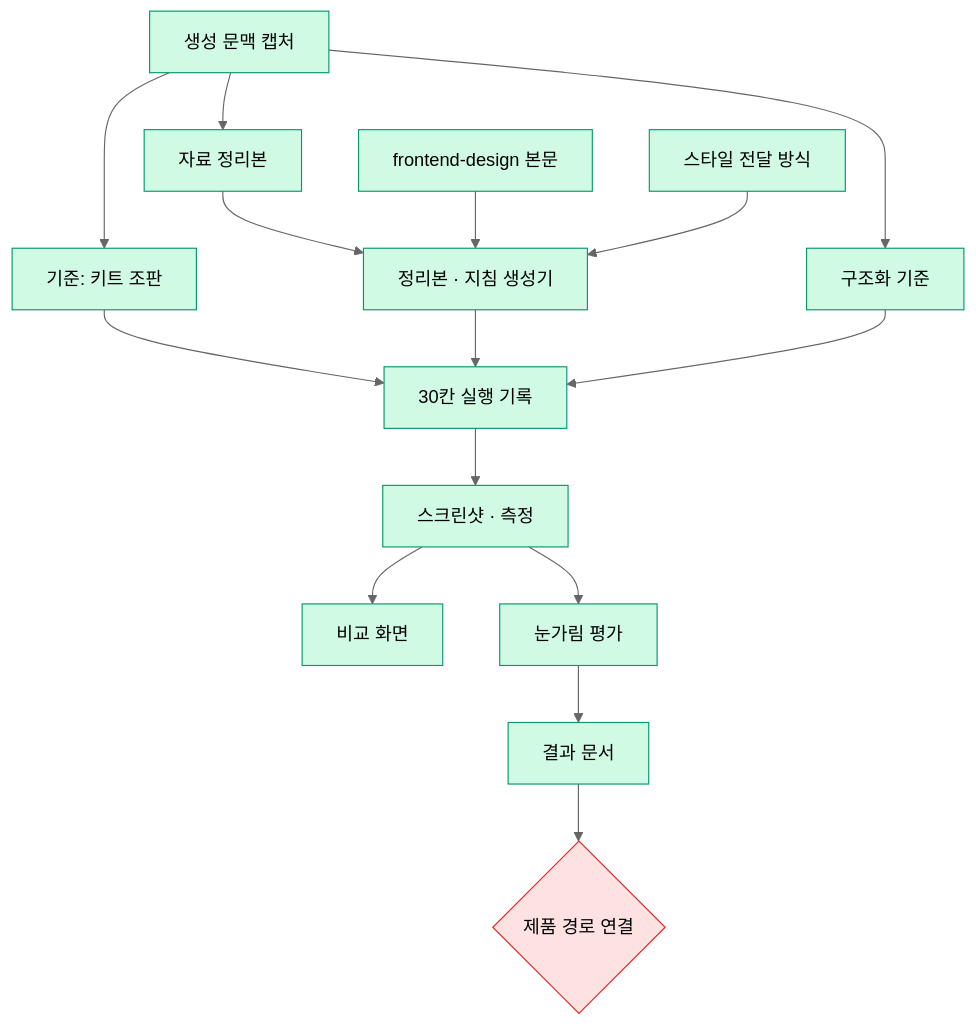
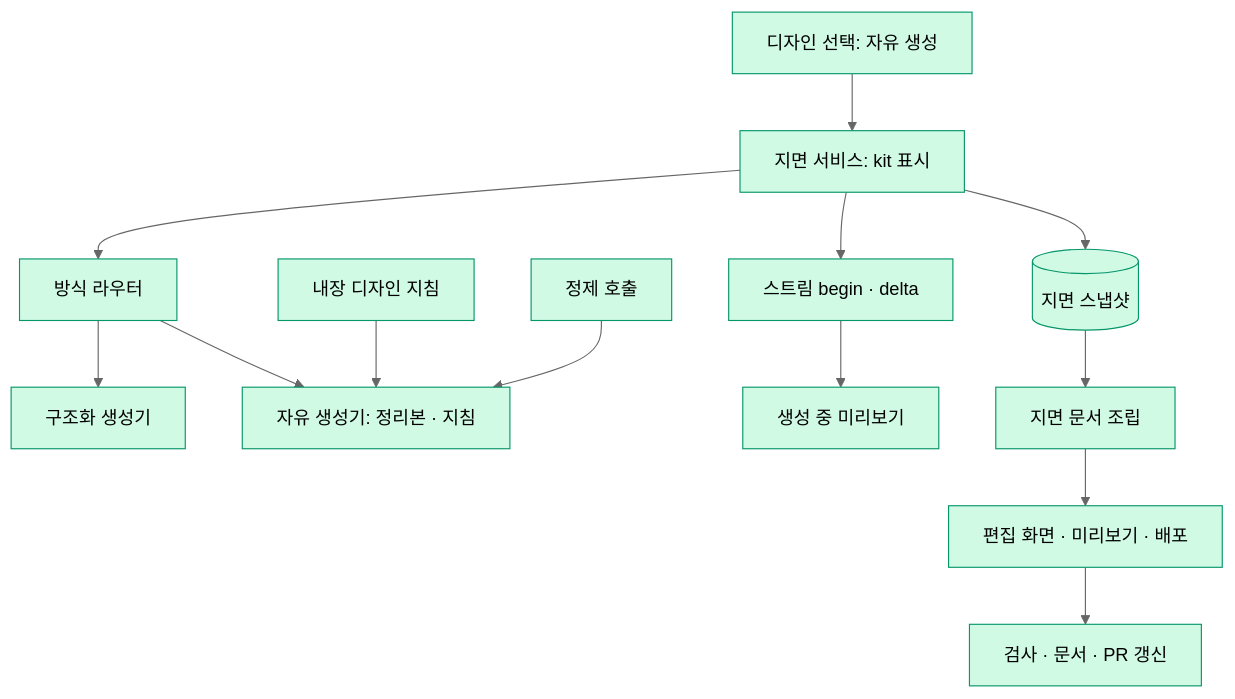
The diagram in .sitrep/sessions/20261115-1500-free-generation-lab/arch.mmd (Expresso-Organization/expresso), drawn with Mermaid (neutral theme) before and after one commit. The commit also changed 77 other files, not shown here.

Commit message:
feat: 자유 생성의 정리본 · 디자인 지침 · 배치 자유 방식 연결

```diff
--- a/.sitrep/sessions/20261115-1500-free-generation-lab/arch.mmd
+++ b/.sitrep/sessions/20261115-1500-free-generation-lab/arch.mmd
@@ -1,22 +1,20 @@
 flowchart TD
-  CTX[생성 문맥 캡처] --> BASE[기준: 키트 조판]
-  CTX --> BRIEF[자료 정리본]
-  BRIEF --> LAB[정리본 · 지침 생성기]
-  SKILL[frontend-design 본문] --> LAB
-  STYLE[스타일 전달 방식] --> LAB
-  CTX --> STRUCT[구조화 기준]
-  BASE --> RUN[30칸 실행 기록]
-  LAB --> RUN
-  STRUCT --> RUN
-  RUN --> MEAS[스크린샷 · 측정]
-  MEAS --> SHEET[비교 화면]
-  MEAS --> BLIND[눈가림 평가]
-  BLIND --> DOC[결과 문서]
-  DOC --> WIRE{제품 경로 연결}
+  UI[디자인 선택: 자유 생성] --> SVC[지면 서비스: kit 표시]
+  SVC --> RT[방식 라우터]
+  RT --> ST[구조화 생성기]
+  RT --> FREE[자유 생성기: 정리본 · 지침]
+  SKILL[내장 디자인 지침] --> FREE
+  BRIEF[정제 호출] --> FREE
+  SVC --> STREAM[스트림 begin · delta]
+  STREAM --> LIVE[생성 중 미리보기]
+  SVC --> SNAP[(지면 스냅샷)]
+  SNAP --> DOC[지면 문서 조립]
+  DOC --> VIEW[편집 화면 · 미리보기 · 배포]
+  VIEW --> CHECK[검사 · 문서 · PR 갱신]
 
   classDef done fill:#d1fae5,stroke:#059669
   classDef doing fill:#fef3c7,stroke:#d97706
   classDef decide fill:#fee2e2,stroke:#dc2626
   classDef todo fill:#f3f4f6,stroke:#9ca3af,stroke-dasharray:4
-  class CTX,BASE,BRIEF,LAB,SKILL,STYLE,STRUCT,RUN,MEAS,SHEET,BLIND,DOC done
-  class WIRE decide
+  class UI,SVC,RT,ST,FREE,SKILL,BRIEF,STREAM,LIVE,SNAP,DOC,VIEW done
+  class CHECK done
```
